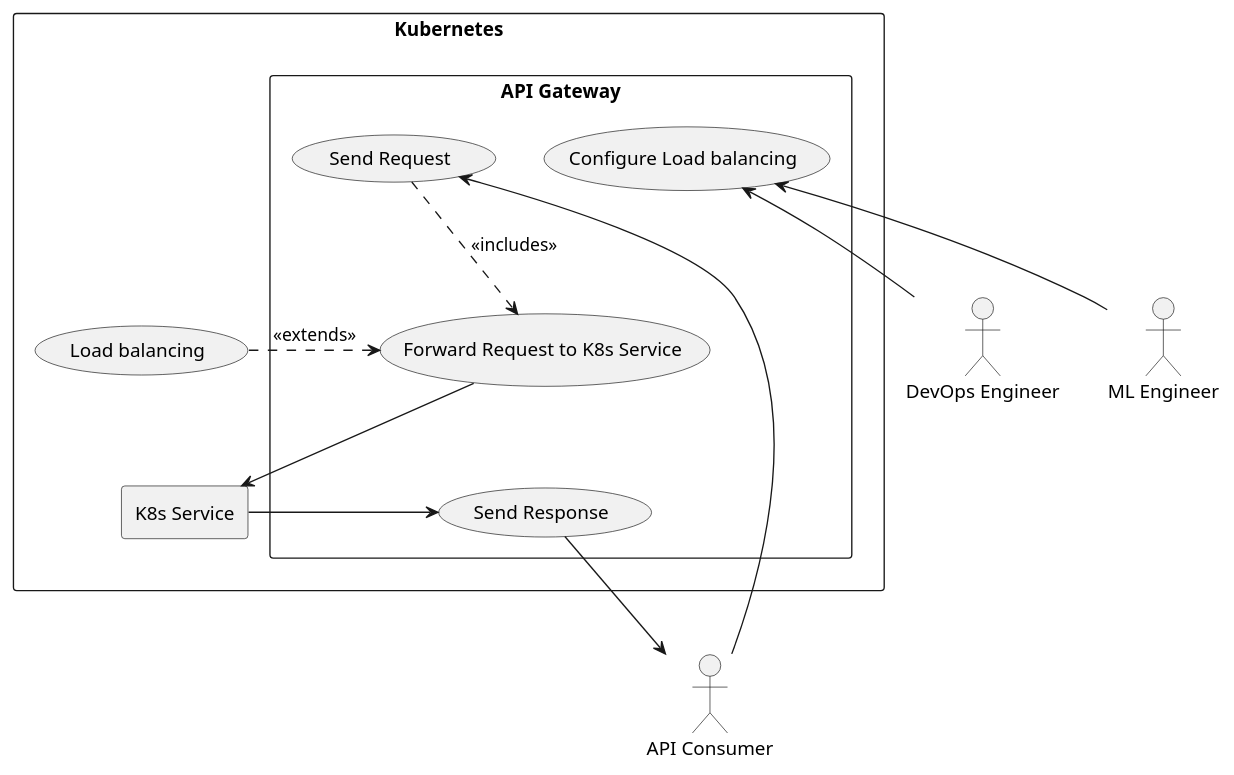
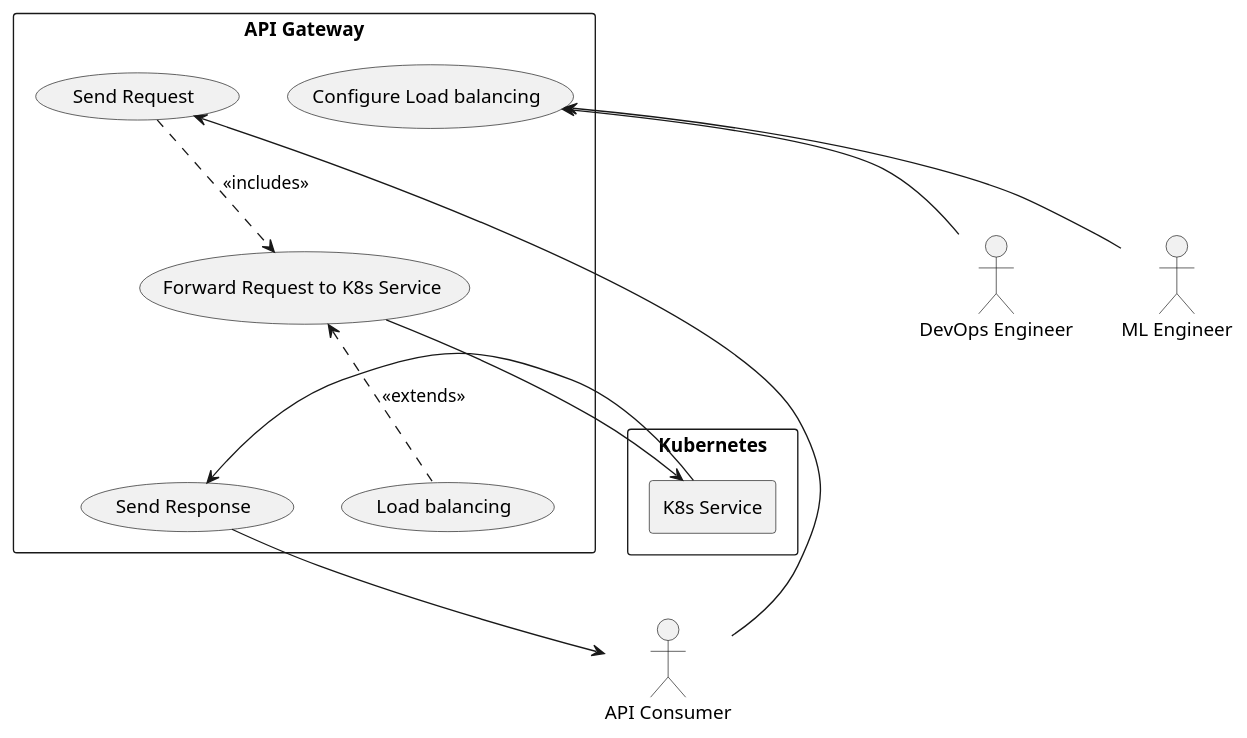
Before and after one commit to fanglores/Advanced-Software-Design: the diagram in General/UseCases/puml/2_uc_load_balancing.puml, drawn with PlantUML. The commit also changed 10 other files, not shown here.

```diff
--- a/General/UseCases/puml/2_uc_load_balancing.puml
+++ b/General/UseCases/puml/2_uc_load_balancing.puml
@@ -1,32 +1,31 @@
 @startuml
 actor "API Consumer" as consumer
 actor "DevOps Engineer" as devops
 actor "ML Engineer" as mleng
 
 rectangle "Kubernetes" as K8s {
   rectangle "K8s Service" as K8Service {
   }
+}
 
-  rectangle "API Gateway" as System {
-    usecase "Send Request" as uc1
-    usecase "Forward Request to K8s Service" as uc2
-    usecase "Send Response" as uc3
-    usecase "Configure Load balancing" as uc4
-  }
-
+rectangle "API Gateway" as System {
+  usecase "Send Request" as uc1
+  usecase "Forward Request to K8s Service" as uc2
+  usecase "Send Response" as uc3
+  usecase "Configure Load balancing" as uc4
   usecase "Load balancing" as uc5
 }
 
 consumer --> uc1
 uc1 ..> uc2 : <<includes>>
 uc2 <.. uc5 : <<extends>>
 uc5 -[hidden]-> K8Service
 uc2 -[hidden]-> uc3
 uc2 --> K8Service
 K8Service --> uc3
 uc3 --> consumer
 
 uc4 <-- devops
 uc4 <-- mleng
 
 @enduml
```
